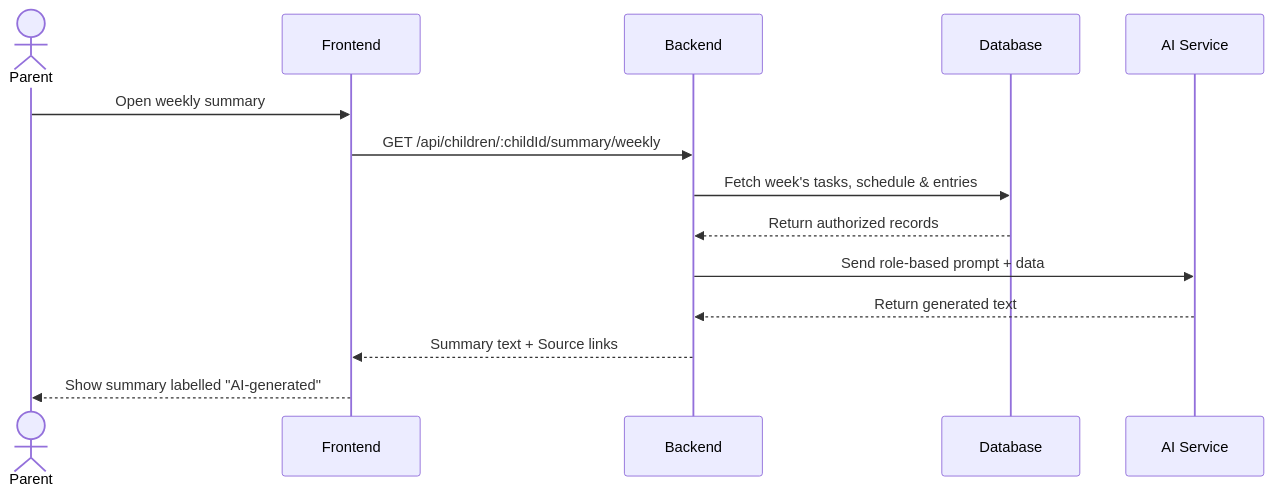
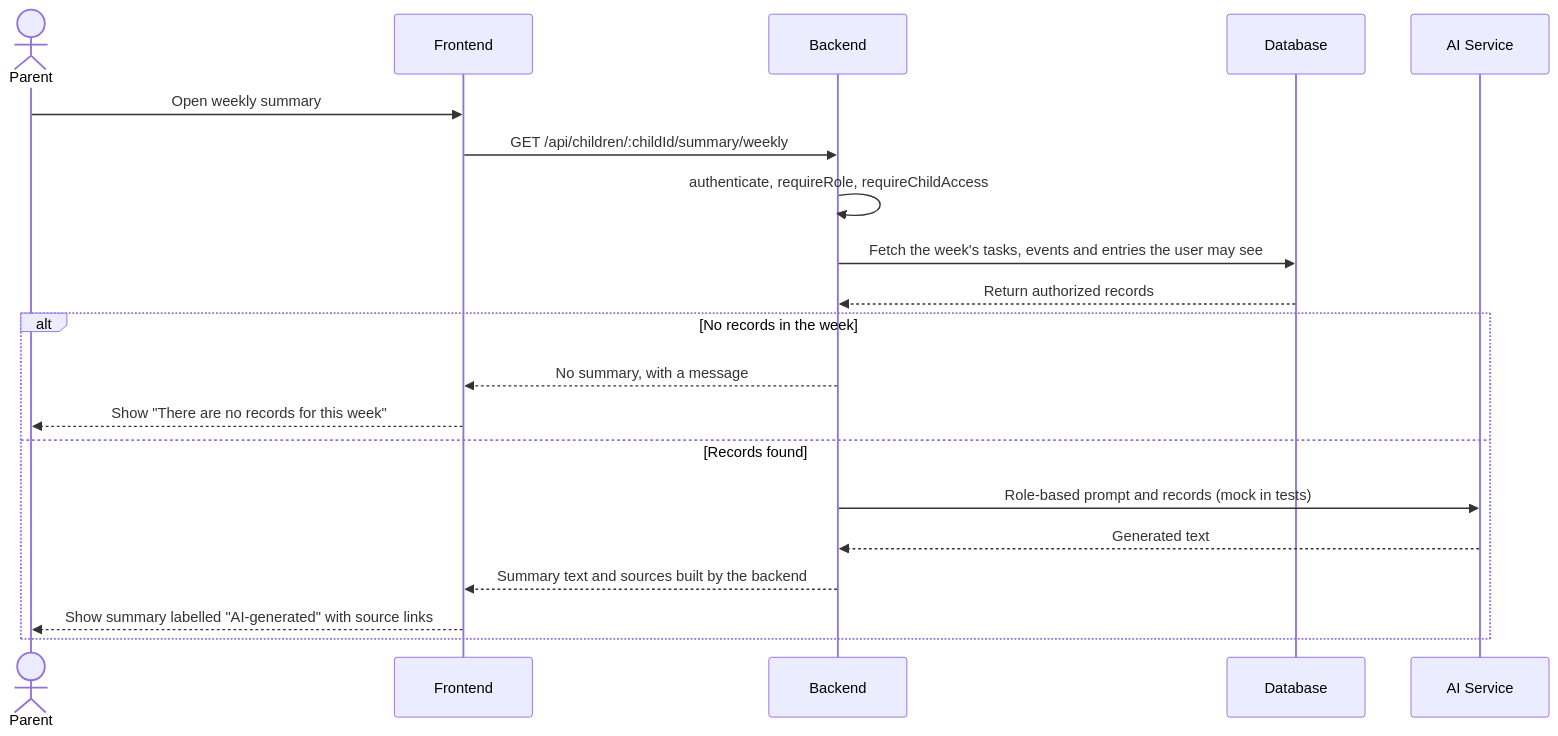
Before and after one commit to YYalcinoz/SENG383-Project: the fourth of 4 diagrams in docs/SDD.md, drawn with Mermaid. The commit also changed other lines of this file, not shown here.

````diff
--- a/docs/SDD.md
+++ b/docs/SDD.md
@@ -276,12 +335,18 @@
 ```mermaid
 sequenceDiagram
     actor Parent
     Parent->>Frontend: Open weekly summary
     Frontend->>Backend: GET /api/children/:childId/summary/weekly
-    Backend->>Database: Fetch week's tasks, schedule & entries
+    Backend->>Backend: authenticate, requireRole, requireChildAccess
+    Backend->>Database: Fetch the week's tasks, events and entries the user may see
     Database-->>Backend: Return authorized records
-    Backend->>AI Service: Send role-based prompt + data
-    AI Service-->>Backend: Return generated text
-    Backend-->>Frontend: Summary text + Source links
-    Frontend-->>Parent: Show summary labelled "AI-generated"
+    alt No records in the week
+        Backend-->>Frontend: No summary, with a message
+        Frontend-->>Parent: Show "There are no records for this week"
+    else Records found
+        Backend->>AI Service: Role-based prompt and records (mock in tests)
+        AI Service-->>Backend: Generated text
+        Backend-->>Frontend: Summary text and sources built by the backend
+        Frontend-->>Parent: Show summary labelled "AI-generated" with source links
+    end
 ```
````
